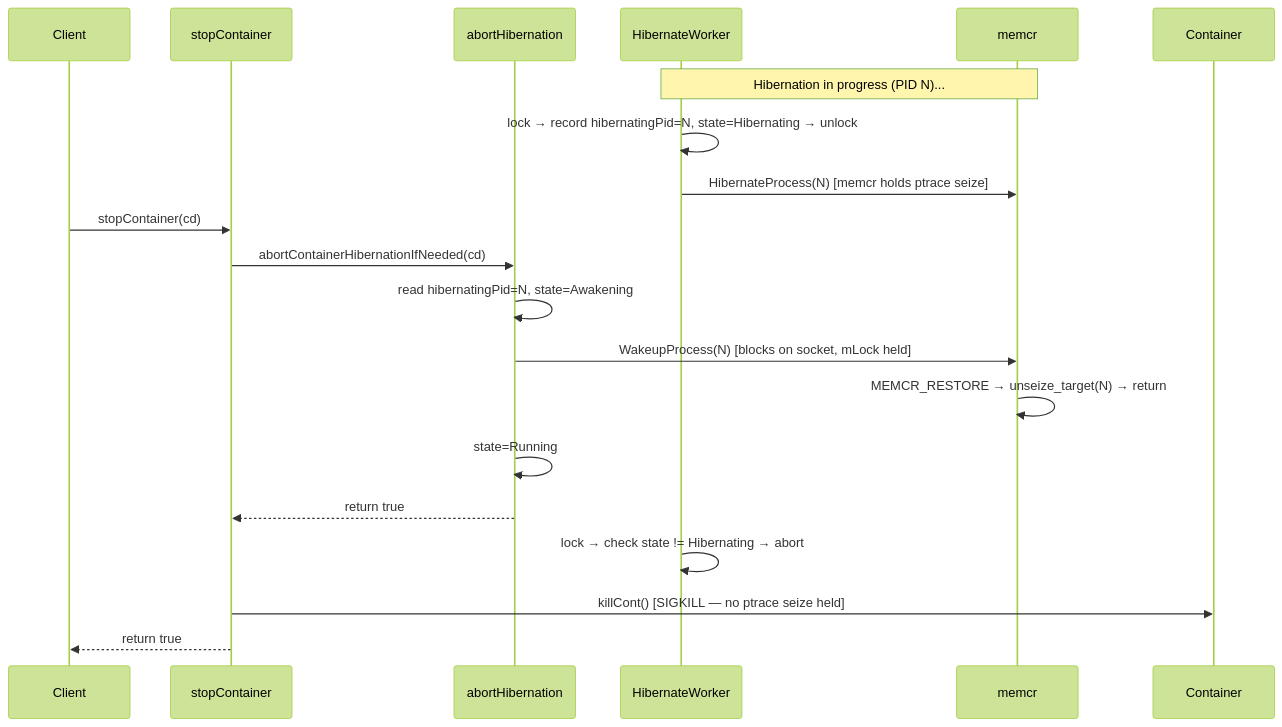
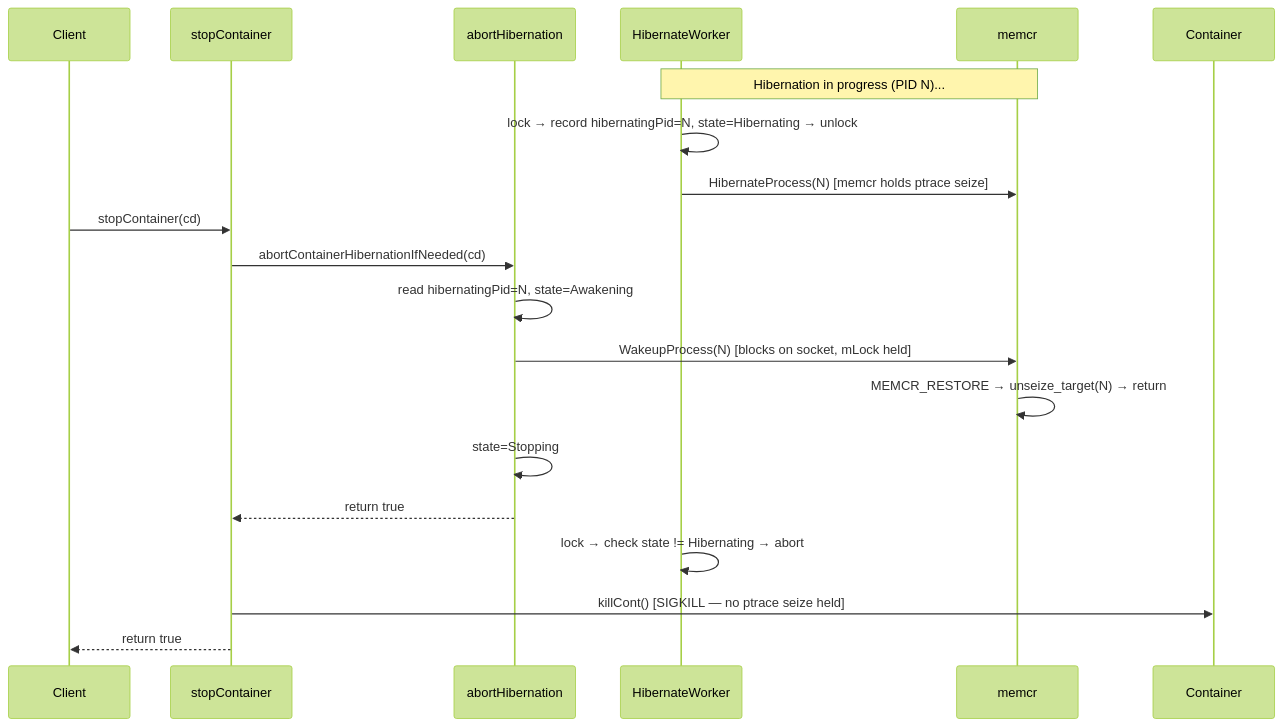
Before and after one commit to rdkcentral/Dobby: the diagram in openspec/specs/proposals/stop-hibernate-sync.md, drawn with Mermaid (forest theme). The commit also changed other lines of this file and 2 other files, not shown here.

````diff
--- a/openspec/specs/proposals/stop-hibernate-sync.md
+++ b/openspec/specs/proposals/stop-hibernate-sync.md
@@ -201,25 +209,25 @@
 ```mermaid
 sequenceDiagram
     participant Client
     participant stopContainer
     participant abortHibernation
     participant HibernateWorker
     participant memcr
     participant Container
 
     Note over HibernateWorker,memcr: Hibernation in progress (PID N)...
     HibernateWorker->>HibernateWorker: lock → record hibernatingPid=N, state=Hibernating → unlock
     HibernateWorker->>memcr: HibernateProcess(N) [memcr holds ptrace seize]
 
     Client->>stopContainer: stopContainer(cd)
     stopContainer->>abortHibernation: abortContainerHibernationIfNeeded(cd)
     abortHibernation->>abortHibernation: read hibernatingPid=N, state=Awakening
     abortHibernation->>memcr: WakeupProcess(N) [blocks on socket, mLock held]
     memcr->>memcr: MEMCR_RESTORE → unseize_target(N) → return
-    abortHibernation->>abortHibernation: state=Running
+    abortHibernation->>abortHibernation: state=Stopping
     abortHibernation-->>stopContainer: return true
 
     HibernateWorker->>HibernateWorker: lock → check state != Hibernating → abort
     stopContainer->>Container: killCont() [SIGKILL — no ptrace seize held]
     stopContainer-->>Client: return true
 ```
````
